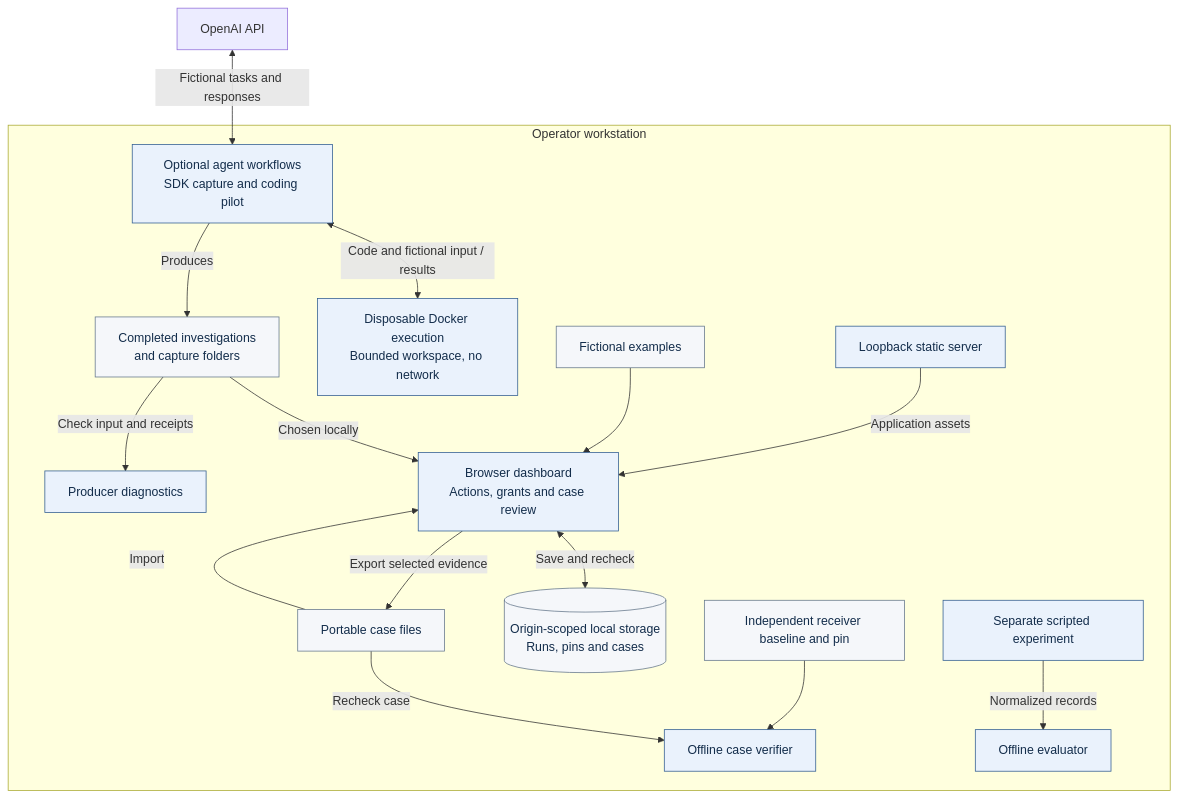
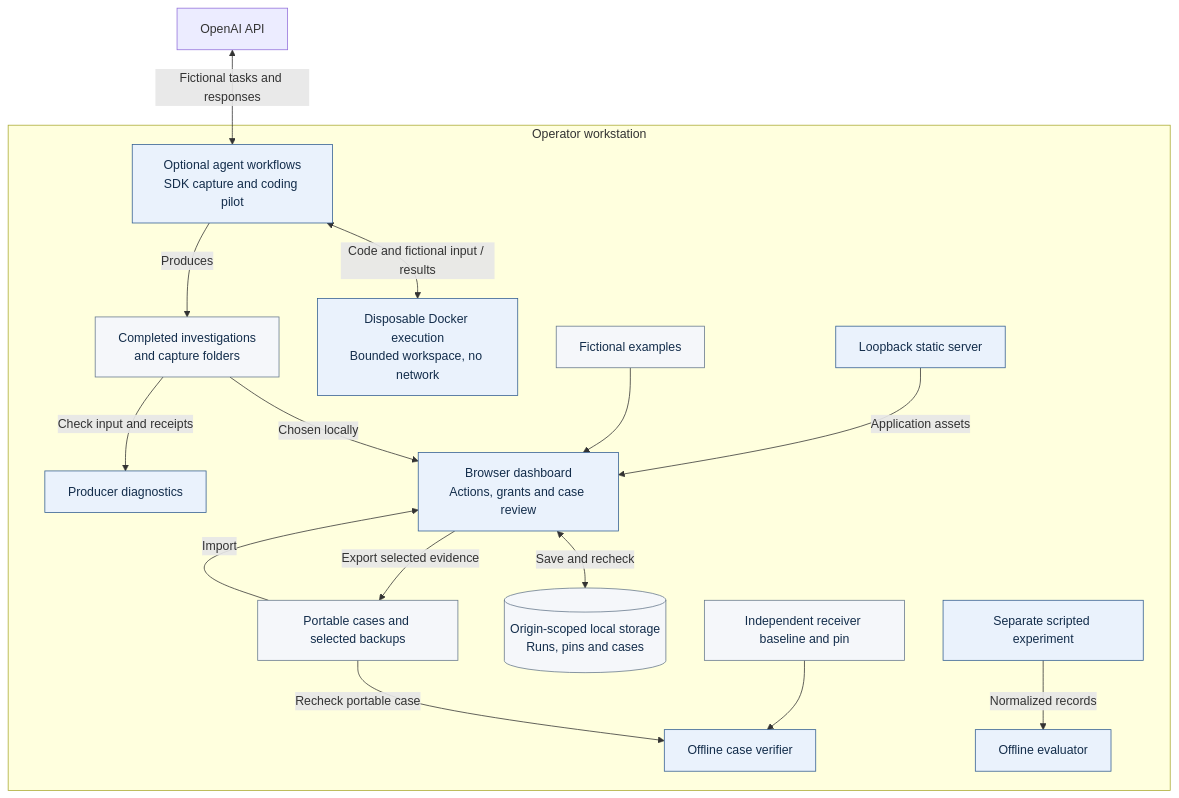
One commit to zrack/agent_delegation_control_plane changed the diagram in docs/architecture/diagrams/system-overview.mmd. Above: the diagram before and after it, drawn with Mermaid. The commit also changed 45 other files, not shown here.

```diff
--- a/docs/architecture/diagrams/system-overview.mmd
+++ b/docs/architecture/diagrams/system-overview.mmd
@@ -1,21 +1,21 @@
 flowchart TB
     API[OpenAI API] <-->|Fictional tasks and responses| Runner
     subgraph local[Operator workstation]
       Runner[Optional agent workflows<br/>SDK capture and coding pilot]
       Runner <-->|Code and fictional input / results| Sandbox[Disposable Docker execution<br/>Bounded workspace, no network]
       Runner -->|Produces| Files[Completed investigations<br/>and capture folders]
       Fixtures[Fictional examples] --> Viewer
       Files -->|Chosen locally| Viewer[Browser dashboard<br/>Actions, grants and case review]
       Server[Loopback static server] -->|Application assets| Viewer
       Viewer <-->|Save and recheck| Saved[(Origin-scoped local storage<br/>Runs, pins and cases)]
-      Viewer -->|Export selected evidence| Packages[Portable case files]
+      Viewer -->|Export selected evidence| Packages[Portable cases and selected backups]
       Packages -->|Import| Viewer
       Files -->|Check input and receipts| Producer[Producer diagnostics]
-      Packages -->|Recheck case| Receiver[Offline case verifier]
+      Packages -->|Recheck portable case| Receiver[Offline case verifier]
       Pin[Independent receiver baseline and pin] --> Receiver
       Experiment[Separate scripted experiment] -->|Normalized records| Eval[Offline evaluator]
     end
     classDef process fill:#eaf2fc,stroke:#325e91,color:#132d4b
     classDef data fill:#f5f7fa,stroke:#66788c,color:#132d4b
     class Runner,Viewer,Server,Experiment,Eval,Producer,Receiver,Sandbox process
     class Files,Fixtures,Packages,Pin,Saved data
```
